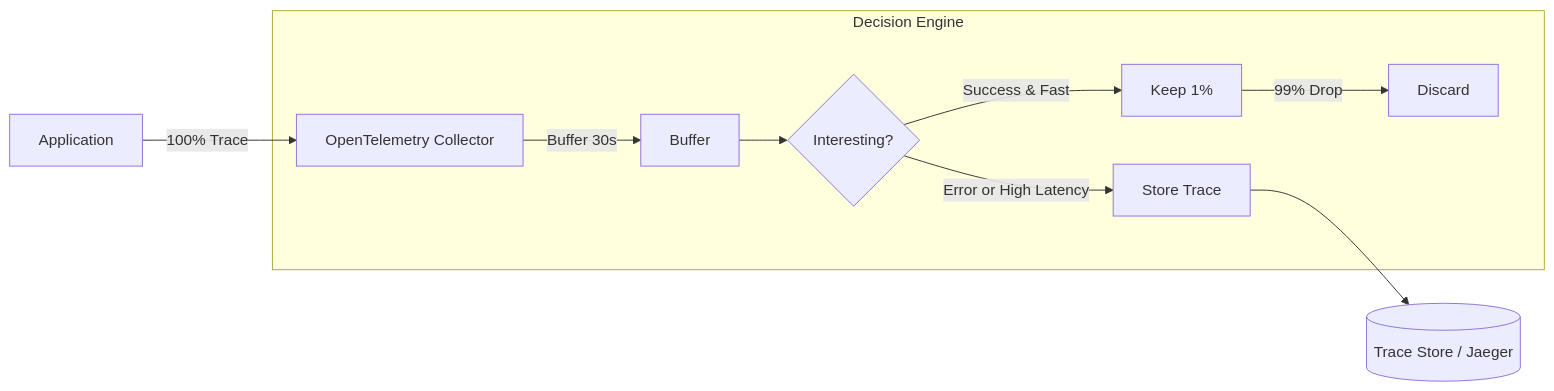
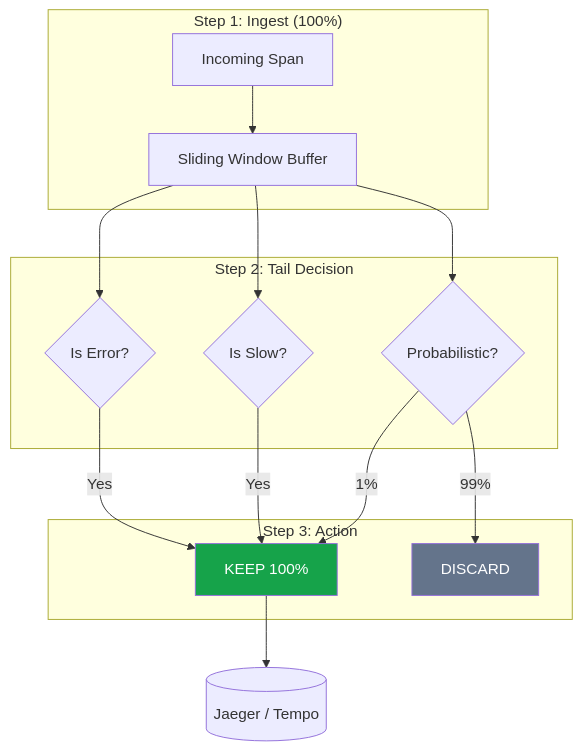
Before and after one commit to gchaitanyabharath9/omnigcloud: the third of 6 diagrams in src/app/[locale]/research/papers/a3-enterprise-observability-operational-intelligence/A3-PAPER-FULL.md, drawn with Mermaid. The commit also changed other lines of this file and 2 other files, not shown here.

````diff
--- a/src/app/[locale]/research/papers/a3-enterprise-observability-operational-intelligence/A3-PAPER-FULL.md
+++ b/src/app/[locale]/research/papers/a3-enterprise-observability-operational-intelligence/A3-PAPER-FULL.md
@@ -305,14 +317,24 @@
 ```mermaid
-flowchart LR
-    App[Application] -->|100% Trace| Collector[OpenTelemetry Collector]
+flowchart TD
+    subgraph Ingest ["Step 1: Ingest (100%)"]
+        R[Incoming Span] --> B[Sliding Window Buffer]
+    end
+
+    subgraph Decision ["Step 2: Tail Decision"]
+        B --> E{Is Error?}
+        B --> L{Is Slow?}
+        B --> P{Probabilistic?}
+    end
+
+    subgraph Storage ["Step 3: Action"]
+        E -->|Yes| K[KEEP 100%]
+        L -->|Yes| K
+        P -->|1%| K
+        P -->|99%| D[DISCARD]
+    end
+
+    K --> Backend[(Jaeger / Tempo)]
     
-    subgraph "Decision Engine"
-        Collector -->|Buffer 30s| Buffer
-        Buffer --> Check{Interesting?}
-        Check -->|Error or High Latency| Keep[Store Trace]
-        Check -->|Success & Fast| Sample[Keep 1%]
-        Sample -->|99% Drop| Trash[Discard]
-    end
-    
-    Keep --> Backend[(Trace Store / Jaeger)]
+    style K fill:#16a34a,color:white
+    style D fill:#64748b,color:white
 ```
````
